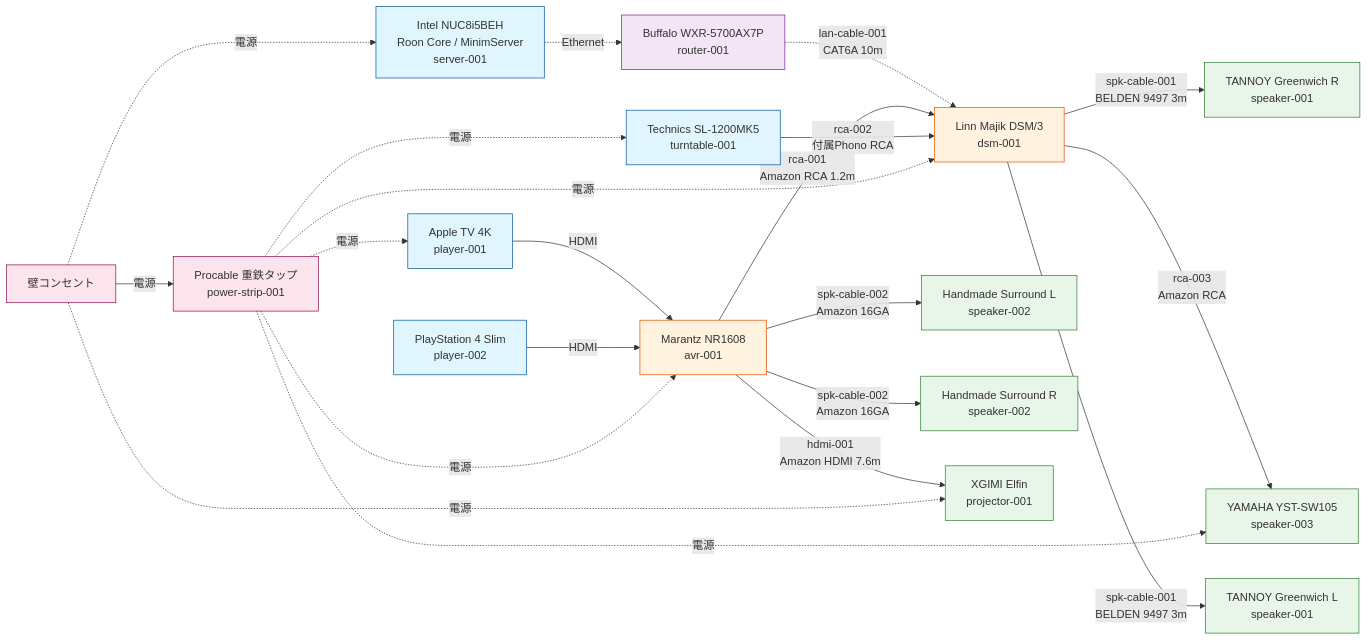
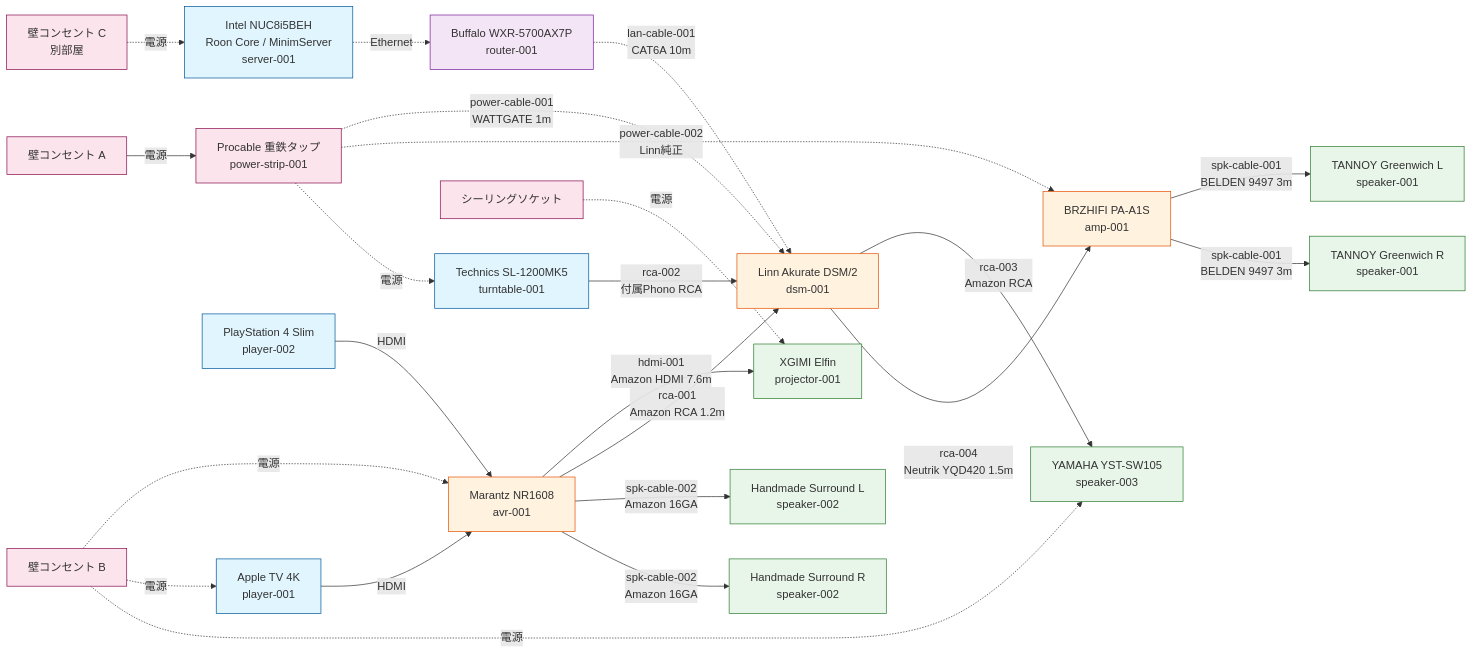
One commit to tamatebox/audio-infra changed the diagram in topology/system_diagram.mmd. Above: the diagram before and after it, drawn with Mermaid. The commit also changed 7 other files, not shown here.

```diff
--- a/topology/system_diagram.mmd
+++ b/topology/system_diagram.mmd
@@ -1,71 +1,85 @@
 %% Audio System Topology
 %% 機材(Node)とケーブル(Edge)の接続関係を記述
 
 graph LR
     %% ========== ソース機器 ==========
     NUC[Intel NUC8i5BEH<br/>Roon Core / MinimServer<br/>server-001]
     SL1200[Technics SL-1200MK5<br/>turntable-001]
     ATV[Apple TV 4K<br/>player-001]
     PS4[PlayStation 4 Slim<br/>player-002]
 
     %% ========== プロセッサ / アンプ ==========
-    DSM[Linn Majik DSM/3<br/>dsm-001]
+    DSM[Linn Akurate DSM/2<br/>dsm-001]
+    AMP[BRZHIFI PA-A1S<br/>amp-001]
     AVR[Marantz NR1608<br/>avr-001]
 
     %% ========== 出力機器 ==========
     TANNOY_L[TANNOY Greenwich L<br/>speaker-001]
     TANNOY_R[TANNOY Greenwich R<br/>speaker-001]
     SUR_L[Handmade Surround L<br/>speaker-002]
     SUR_R[Handmade Surround R<br/>speaker-002]
     SUB[YAMAHA YST-SW105<br/>speaker-003]
     PROJ[XGIMI Elfin<br/>projector-001]
 
     %% ========== ネットワーク ==========
     ROUTER[Buffalo WXR-5700AX7P<br/>router-001]
 
     %% ========== 電源 ==========
-    OUTLET[壁コンセント]
+    OUTLET_A[壁コンセント A]
+    OUTLET_B[壁コンセント B]
+    OUTLET_C[壁コンセント C<br/>別部屋]
+    CEILING[シーリングソケット]
     POWER_STRIP[Procable 重鉄タップ<br/>power-strip-001]
 
     %% ========== 信号経路 ==========
 
     %% ネットワーク
     NUC -.->|Ethernet| ROUTER
     ROUTER -.->|lan-cable-001<br/>CAT6A 10m| DSM
 
     %% 映像/サラウンド系 (AVR中心)
     ATV -->|HDMI| AVR
     PS4 -->|HDMI| AVR
     AVR -->|hdmi-001<br/>Amazon HDMI 7.6m| PROJ
     AVR -->|rca-001<br/>Amazon RCA 1.2m| DSM
     AVR -->|spk-cable-002<br/>Amazon 16GA| SUR_L
     AVR -->|spk-cable-002<br/>Amazon 16GA| SUR_R
 
-    %% 2chオーディオ系 (Linn DSM中心)
+    %% 2chオーディオ系 (Linn DSM + パワーアンプ)
     SL1200 -->|rca-002<br/>付属Phono RCA| DSM
     DSM -->|rca-003<br/>Amazon RCA| SUB
-    DSM -->|spk-cable-001<br/>BELDEN 9497 3m| TANNOY_L
-    DSM -->|spk-cable-001<br/>BELDEN 9497 3m| TANNOY_R
+    DSM -->|rca-004<br/>Neutrik YQD420 1.5m| AMP
+    AMP -->|spk-cable-001<br/>BELDEN 9497 3m| TANNOY_L
+    AMP -->|spk-cable-001<br/>BELDEN 9497 3m| TANNOY_R
 
     %% ========== 電源経路 ==========
-    OUTLET -->|電源| POWER_STRIP
-    POWER_STRIP -.->|電源| DSM
-    POWER_STRIP -.->|電源| AVR
-    POWER_STRIP -.->|電源| ATV
+
+    %% 壁コンセントA → 重鉄タップ → 2chオーディオ系専用
+    OUTLET_A -->|電源| POWER_STRIP
+    POWER_STRIP -.->|power-cable-001<br/>WATTGATE 1m| DSM
+    POWER_STRIP -.->|power-cable-002<br/>Linn純正| AMP
     POWER_STRIP -.->|電源| SL1200
-    POWER_STRIP -.->|電源| SUB
-    OUTLET -.->|電源| NUC
-    OUTLET -.->|電源| PROJ
+
+    %% 壁コンセントB → AV系機器
+    OUTLET_B -.->|電源| AVR
+    OUTLET_B -.->|電源| ATV
+    OUTLET_B -.->|電源| SUB
+
+    %% 壁コンセントC（別部屋） → NUC
+    OUTLET_C -.->|電源| NUC
+
+    %% シーリングソケット → プロジェクター
+    CEILING -.->|電源| PROJ
 
     %% ========== スタイリング ==========
     classDef source fill:#e1f5fe,stroke:#01579b
     classDef processor fill:#fff3e0,stroke:#e65100
     classDef output fill:#e8f5e9,stroke:#2e7d32
     classDef power fill:#fce4ec,stroke:#880e4f
     classDef network fill:#f3e5f5,stroke:#7b1fa2
 
     class NUC,SL1200,ATV,PS4 source
-    class DSM,AVR processor
+    class DSM,AMP,AVR processor
     class TANNOY_L,TANNOY_R,SUR_L,SUR_R,SUB,PROJ output
-    class OUTLET,POWER_STRIP power
+    class OUTLET_A,OUTLET_B,OUTLET_C,CEILING,POWER_STRIP power
     class ROUTER network
```
